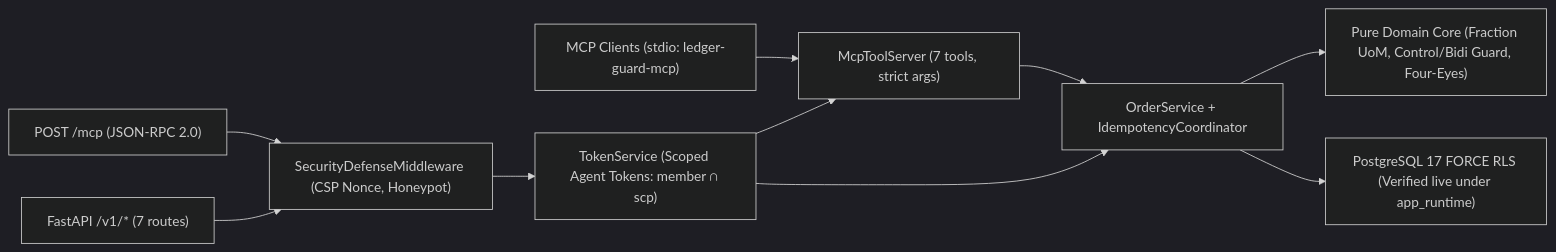
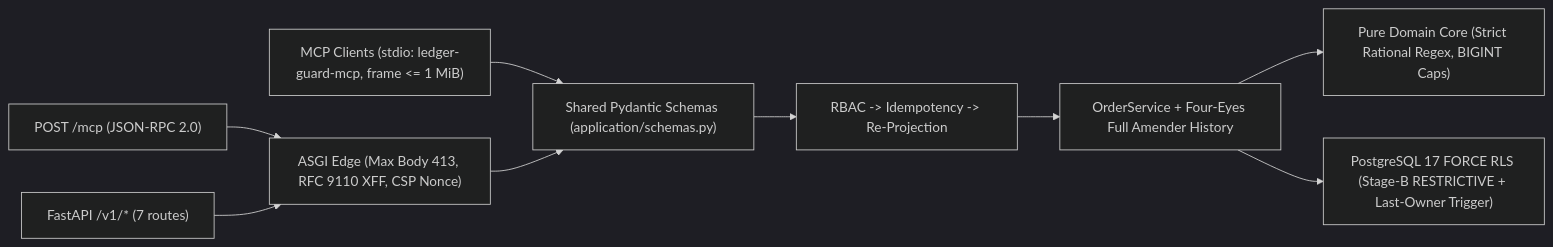
The diagram in README.md (mfelisberto90/ledger-guard), drawn with Mermaid (dark theme) before and after one commit. The commit also changed other lines of this file and 44 other files, not shown here.

Commit message:
feat(security): ship v0.3.0 multi-agent hardening, schema dedup, and RLS fixes (#3)

````diff
--- a/README.md
+++ b/README.md
@@ -18,12 +18,11 @@
 ```mermaid
 flowchart LR
-    STDIO["MCP Clients (stdio: ledger-guard-mcp)"] --> MCP["McpToolServer (7 tools, strict args)"]
-    HTTP_MCP["POST /mcp (JSON-RPC 2.0)"] --> MW["SecurityDefenseMiddleware (CSP Nonce, Honeypot)"]
+    STDIO["MCP Clients (stdio: ledger-guard-mcp, frame <= 1 MiB)"] --> SCH["Shared Pydantic Schemas (application/schemas.py)"]
+    HTTP_MCP["POST /mcp (JSON-RPC 2.0)"] --> MW["ASGI Edge (Max Body 413, RFC 9110 XFF, CSP Nonce)"]
     REST["FastAPI /v1/* (7 routes)"] --> MW
-    MW --> AUTH["TokenService (Scoped Agent Tokens: member ∩ scp)"]
-    AUTH --> MCP
-    AUTH --> APP["OrderService + IdempotencyCoordinator"]
-    MCP --> APP
-    APP --> DOM["Pure Domain Core (Fraction UoM, Control/Bidi Guard, Four-Eyes)"]
-    APP --> DB["PostgreSQL 17 FORCE RLS (Verified live under app_runtime)"]
+    MW --> SCH
+    SCH --> IDEM["RBAC -> Idempotency -> Re-Projection"]
+    IDEM --> SVC["OrderService + Four-Eyes Full Amender History"]
+    SVC --> DOM["Pure Domain Core (Strict Rational Regex, BIGINT Caps)"]
+    SVC --> PG["PostgreSQL 17 FORCE RLS (Stage-B RESTRICTIVE + Last-Owner Trigger)"]
 ```
````
